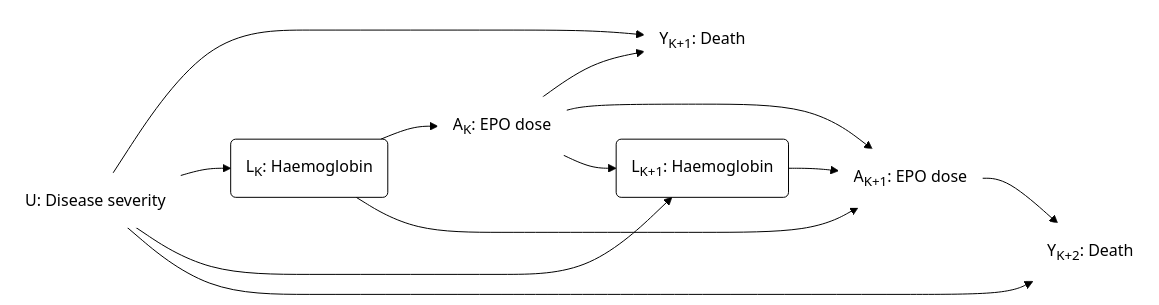
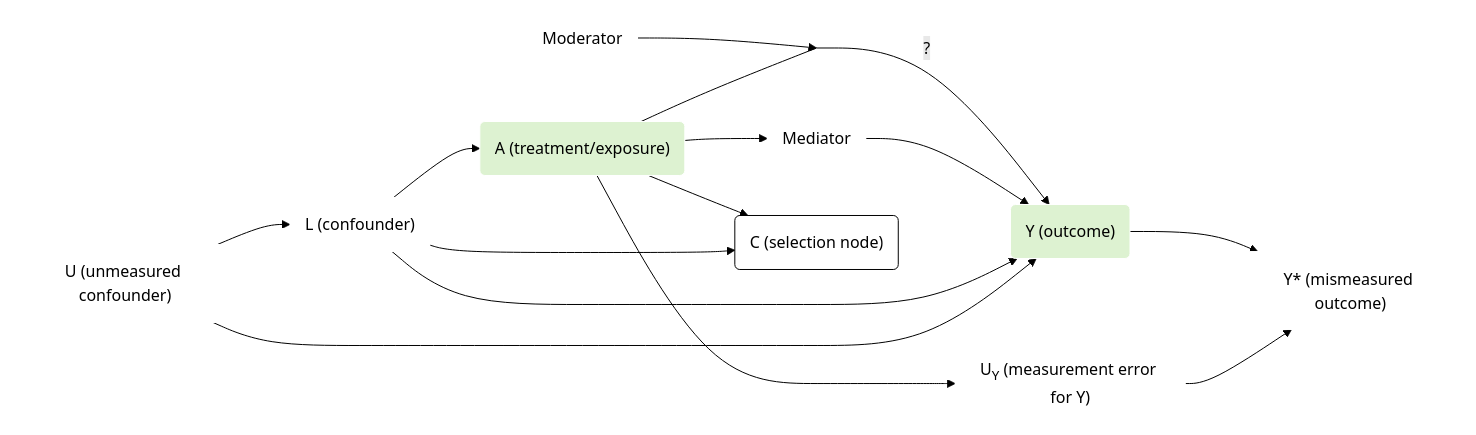
Before and after one commit to birth-outcomes/birth_outcomes_summary: diagram 12 of 12 in book_birth_outcomes_summary/design_causal.md, drawn with Mermaid (forest theme). The commit also changed other lines of this file and 1 other file, not shown here.

Commit message:
Reordering causal diagram notes, and moving across two notebooks

`````diff
--- a/book_birth_outcomes_summary/design_causal.md
+++ b/book_birth_outcomes_summary/design_causal.md
@@ -619,26 +354,30 @@
 ````{mermaid}
   flowchart LR;
 
-    ak("A<sub>K</sub>: EPO dose"):::white;
-    ak1("A<sub>K+1</sub>: EPO dose"):::white;
-    yk1("Y<sub>K+1</sub>: Death"):::white;
-    yk2("Y<sub>K+2</sub>: Death"):::white;
-    lk("L<sub>K</sub>: Haemoglobin"):::black;
-    lk1("L<sub>K+1</sub>: Haemoglobin"):::black;
-    u("U: Disease severity"):::white;
+    A("A (treatment/exposure)"):::green;
+    Y("Y (outcome)"):::green;
+    Empty[ ]:::empty;
+    Mod("Moderator"):::white;
+    M("Mediator"):::white;
+    L("L (confounder)"):::white;
+    U("U (unmeasured confounder)"):::white;
+    C("C (selection node)"):::black;
+    Y*("Y* (mismeasured outcome)"):::white;
+    UY("U<sub>Y</sub> (measurement error for Y)"):::white;
 
-    ak --> yk1;
-    u --> yk1;
-    u --> lk;
-    lk --> ak;
-    lk --> ak1;
-    ak --> ak1;
-    ak --> lk1;
-    u --> lk1;
-    lk1 --> ak1;
-    ak1 --> yk2;
-    u --> yk2;
+    Mod --> Empty;
+    A --- Empty; Empty -->|?| Y;
+    A --> M; M --> Y;
+    L --> A; L --> Y;
+    U --> L; U --> Y;
+    A --> C;
+    L --> C;
+    Y --> Y*;
+    UY --> Y*;
+    A --> UY;
 
-    classDef white fill:#FFFFFF, stroke:#FFFFFF
-    classDef black fill:#FFFFFF, stroke:#000000
+    classDef white fill:#FFFFFF, stroke:#FFFFFF;
+    classDef black fill:#FFFFFF, stroke:#000000;
+    classDef empty width:0px,height:0px;
+    classDef green fill:#DDF2D1, stroke: #FFFFFF;
 ````
`````
